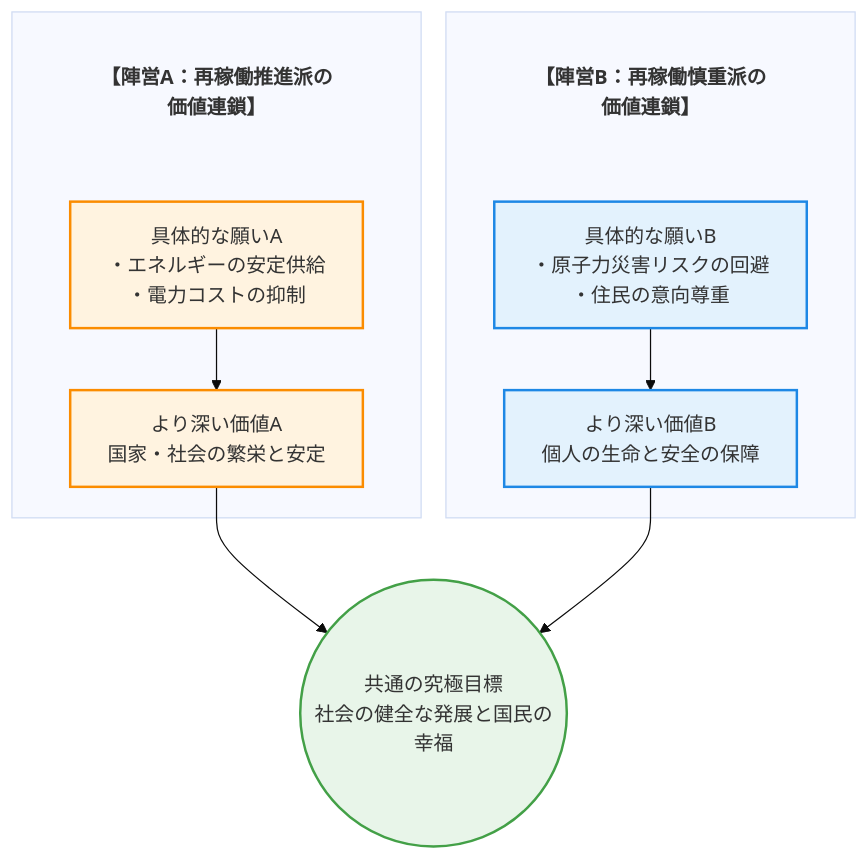
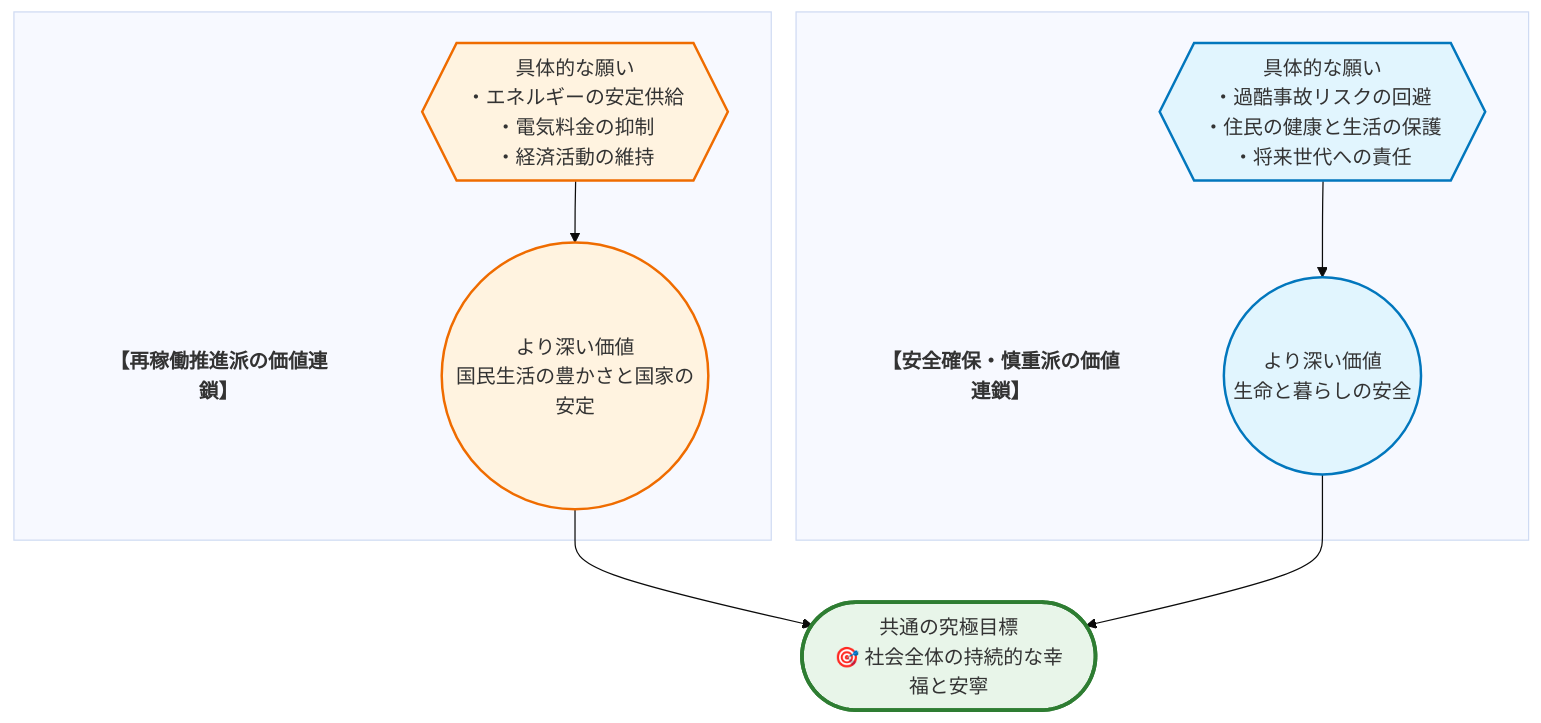
Before and after one commit to ogaogamirai/ARE-Public-Gallery: the first of 2 diagrams in themes/Restart of Rural NPPs/standard.md, drawn with Mermaid (base theme). The commit also changed other lines of this file and 1 other file, not shown here.

````diff
--- a/themes/Restart of Rural NPPs/standard.md
+++ b/themes/Restart of Rural NPPs/standard.md
@@ -23,23 +24,21 @@
 ```mermaid
 graph TD
   subgraph SG_A[" "]
-    Title_A["【陣営A：再稼働推進派の価値連鎖】"]
-    A["具体的な願いA<br>・エネルギーの安定供給<br>・電力コストの抑制"] --> B["より深い価値A<br>国家・社会の繁栄と安定"]
-    Title_A ~~~ A
+    Title_A["【再稼働推進派の価値連鎖】"]
+    A{{"具体的な願い<br>・エネルギーの安定供給<br>・電気料金の抑制<br>・経済活動の維持"}} --> B(("より深い価値<br>国民生活の豊かさと国家の安定"))
   end
   subgraph SG_B[" "]
-    Title_B["【陣営B：再稼働慎重派の価値連鎖】"]
-    C["具体的な願いB<br>・原子力災害リスクの回避<br>・住民の意向尊重"] --> D["より深い価値B<br>個人の生命と安全の保障"]
-    Title_B ~~~ C
+    Title_B["【安全確保・慎重派の価値連鎖】"]
+    C{{"具体的な願い<br>・過酷事故リスクの回避<br>・住民の健康と生活の保護<br>・将来世代への責任"}} --> D(("より深い価値<br>生命と暮らしの安全"))
   end
-  B --> E(("共通の究極目標<br>社会の健全な発展と国民の幸福"))
+  B --> E(["共通の究極目標<br>🎯 社会全体の持続的な幸福と安寧"])
   D --> E
 
   style Title_A fill:none,stroke:none,font-weight:bold
   style Title_B fill:none,stroke:none,font-weight:bold
-  style A fill:#fff3e0,stroke:#fb8c00,stroke-width:2px
-  style B fill:#fff3e0,stroke:#fb8c00,stroke-width:2px
-  style C fill:#e3f2fd,stroke:#1e88e5,stroke-width:2px
-  style D fill:#e3f2fd,stroke:#1e88e5,stroke-width:2px
-  style E fill:#e8f5e9,stroke:#43a047,stroke-width:2px
+  style A fill:#FFF3E0,stroke:#EF6C00,stroke-width:2px
+  style B fill:#FFF3E0,stroke:#EF6C00,stroke-width:2px
+  style C fill:#E1F5FE,stroke:#0277BD,stroke-width:2px
+  style D fill:#E1F5FE,stroke:#0277BD,stroke-width:2px
+  style E fill:#E8F5E9,stroke:#2E7D32,stroke-width:3px
 ```
````
